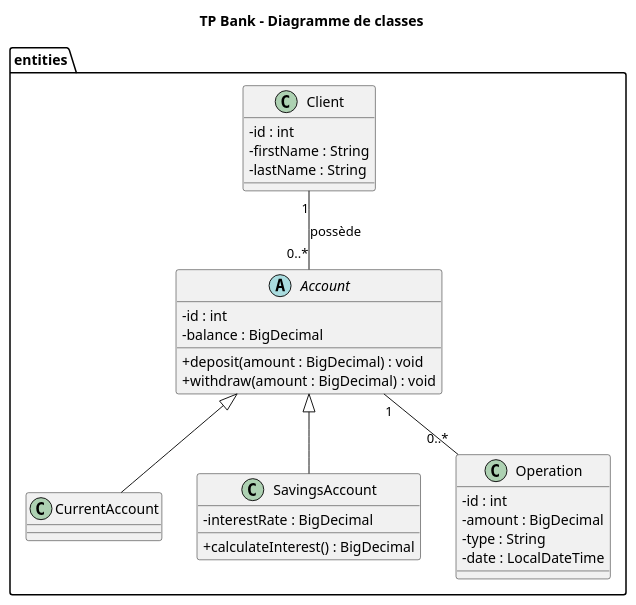
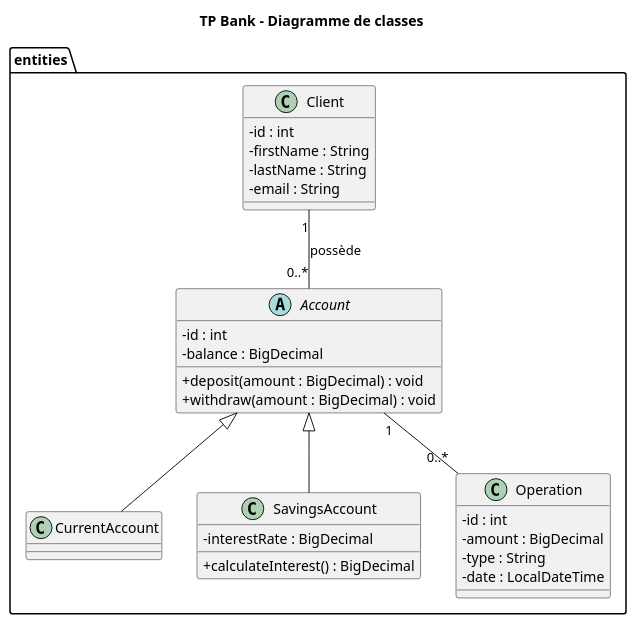
The diagram in doc/DiagrammeClasses.puml (alfaro-b/TPBank-DesignPattern), drawn with PlantUML before and after one commit. The commit also changed 2 other files, not shown here.

Commit message:
Ajout de l'attribut email à Client

```diff
--- a/doc/DiagrammeClasses.puml
+++ b/doc/DiagrammeClasses.puml
@@ -2,48 +2,49 @@
 @startuml
 
 skinparam classAttributeIconSize 0
 
 title TP Bank - Diagramme de classes
 
 package entities {
 
     class Client {
         - id : int
         - firstName : String
         - lastName : String
+        - email : String
     }
 
     abstract class Account {
         - id : int
         - balance : BigDecimal
 
         + deposit(amount : BigDecimal) : void
         + withdraw(amount : BigDecimal) : void
     }
 
     class CurrentAccount {
     }
 
     class SavingsAccount {
         - interestRate : BigDecimal
 
         + calculateInterest() : BigDecimal
     }
 
     class Operation {
         - id : int
         - amount : BigDecimal
         - type : String
         - date : LocalDateTime
     }
 
 
     Client "1" -- "0..*" Account : possède
     Account "1" -- "0..*" Operation
 
     Account <|-- CurrentAccount
     Account <|-- SavingsAccount
 
 }
 
 @enduml
```
